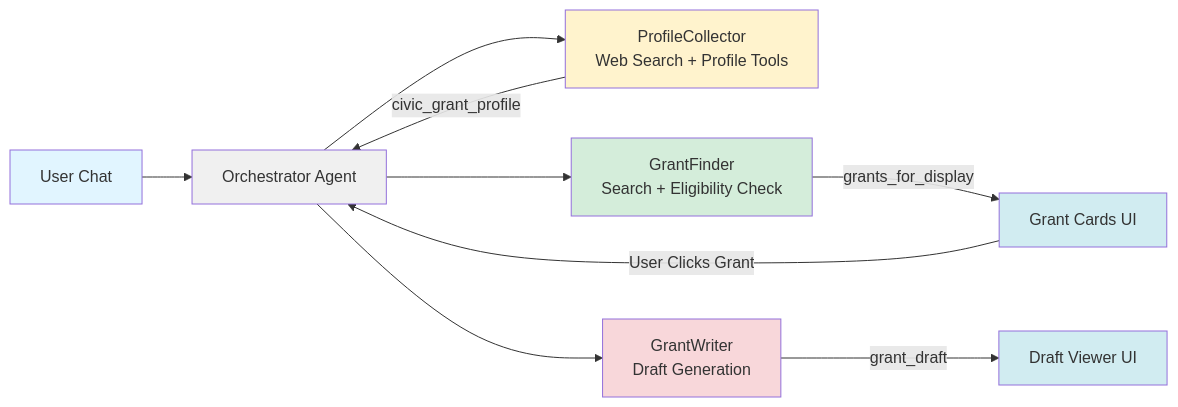
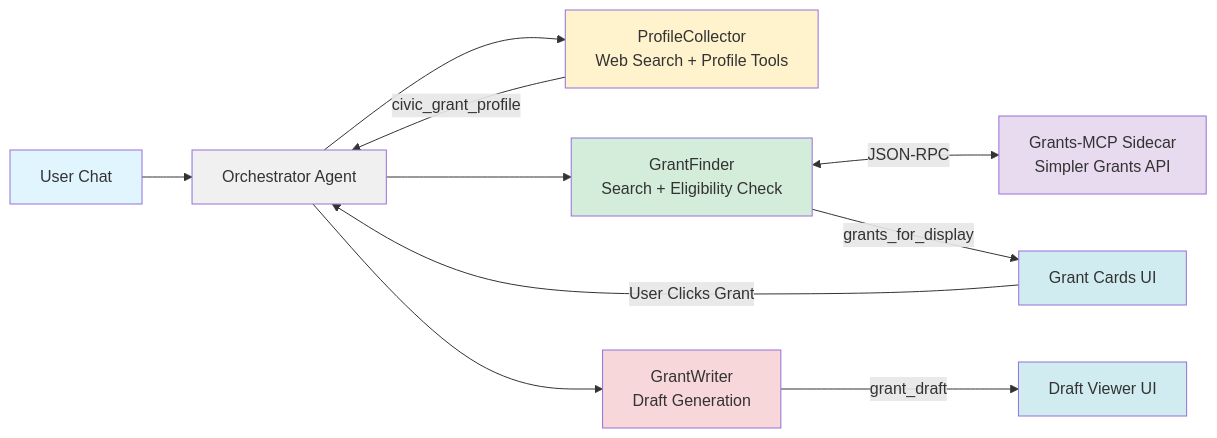
One commit to xomanova/civic-grant-agent-core changed the diagram in SUBMISSION.md. Above: the diagram before and after it, drawn with Mermaid. The commit also changed other lines of this file and 29 other files, not shown here.

Commit message:
Full cleanup of debug code, grants-mcp setup, docs updates

````diff
--- a/SUBMISSION.md
+++ b/SUBMISSION.md
@@ -57,19 +66,21 @@
 ```mermaid
 graph LR
     A[User Chat] --> B[Orchestrator Agent]
     B --> C[ProfileCollector<br/>Web Search + Profile Tools]
     C -->|civic_grant_profile| B
     B --> D[GrantFinder<br/>Search + Eligibility Check]
+    D <-->|JSON-RPC| H[Grants-MCP Sidecar<br/>Simpler Grants API]
     D -->|grants_for_display| E[Grant Cards UI]
     E -->|User Clicks Grant| B
     B --> F[GrantWriter<br/>Draft Generation]
     F -->|grant_draft| G[Draft Viewer UI]
     
     style A fill:#e1f5ff
     style B fill:#f0f0f0
     style C fill:#fff3cd
     style D fill:#d4edda
     style F fill:#f8d7da
     style E fill:#d1ecf1
     style G fill:#d1ecf1
+    style H fill:#e8daef
 ```
````
